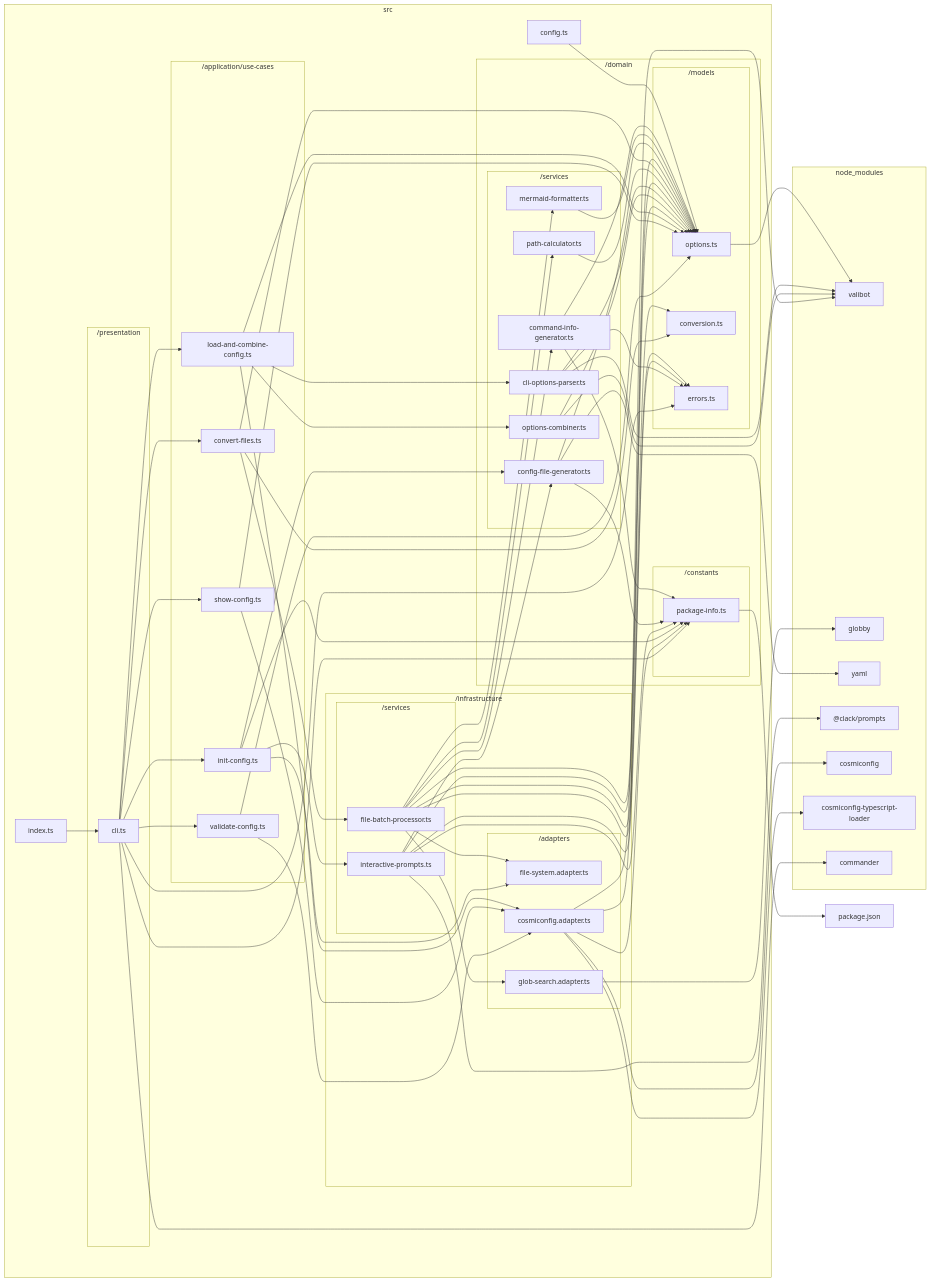
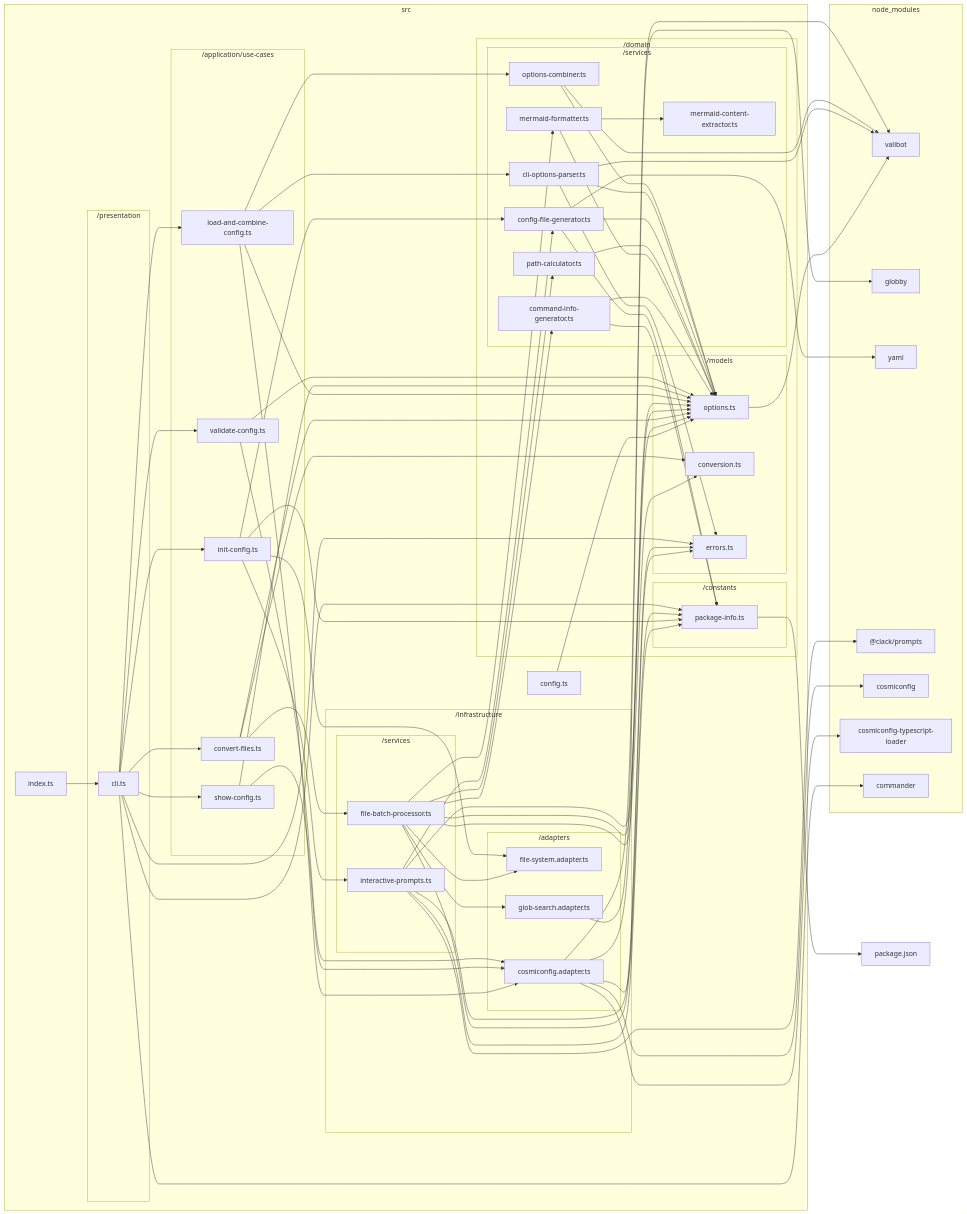
The diagram in docs/reports/dependencies/deps-graph.md (sugurutakahashi-1234/mermaid-markdown-wrap), drawn with Mermaid before and after one commit. The commit also changed 4 other files, not shown here.

First line of the commit message:
feat: add mermaid code block extraction to prevent double-wrapping

```diff
--- a/docs/reports/dependencies/deps-graph.md
+++ b/docs/reports/dependencies/deps-graph.md
@@ -20,6 +20,7 @@
             end
             subgraph src/domain/services["/services"]
                 src/domain/services/command//info//generator.ts["command-info-generator.ts"]
+                src/domain/services/mermaid//content//extractor.ts["mermaid-content-extractor.ts"]
                 src/domain/services/mermaid//formatter.ts["mermaid-formatter.ts"]
                 src/domain/services/path//calculator.ts["path-calculator.ts"]
                 src/domain/services/config//file//generator.ts["config-file-generator.ts"]
@@ -64,6 +65,7 @@
     src/domain/services/command//info//generator.ts-->src/domain/constants/package//info.ts
     src/domain/services/command//info//generator.ts-->src/domain/models/options.ts
     src/domain/services/mermaid//formatter.ts-->src/domain/models/options.ts
+    src/domain/services/mermaid//formatter.ts-->src/domain/services/mermaid//content//extractor.ts
     src/domain/services/path//calculator.ts-->src/domain/models/options.ts
     src/infrastructure/adapters/glob//search.adapter.ts-->node//modules/globby/index.d.ts
     src/infrastructure/services/file//batch//processor.ts-->src/domain/models/conversion.ts
```
